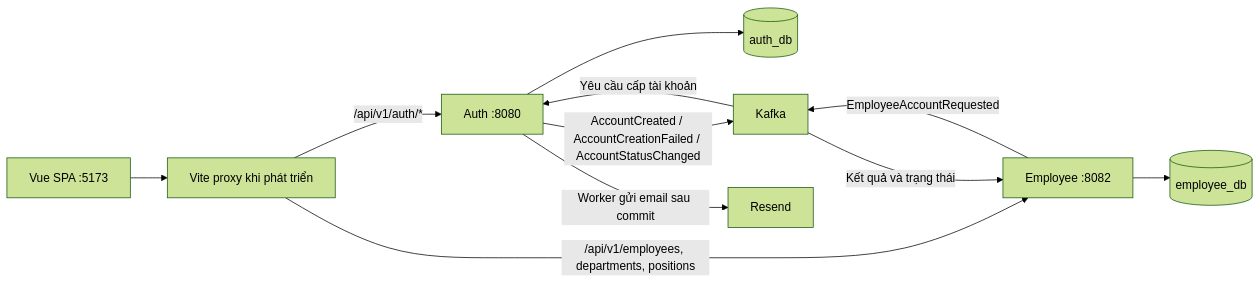
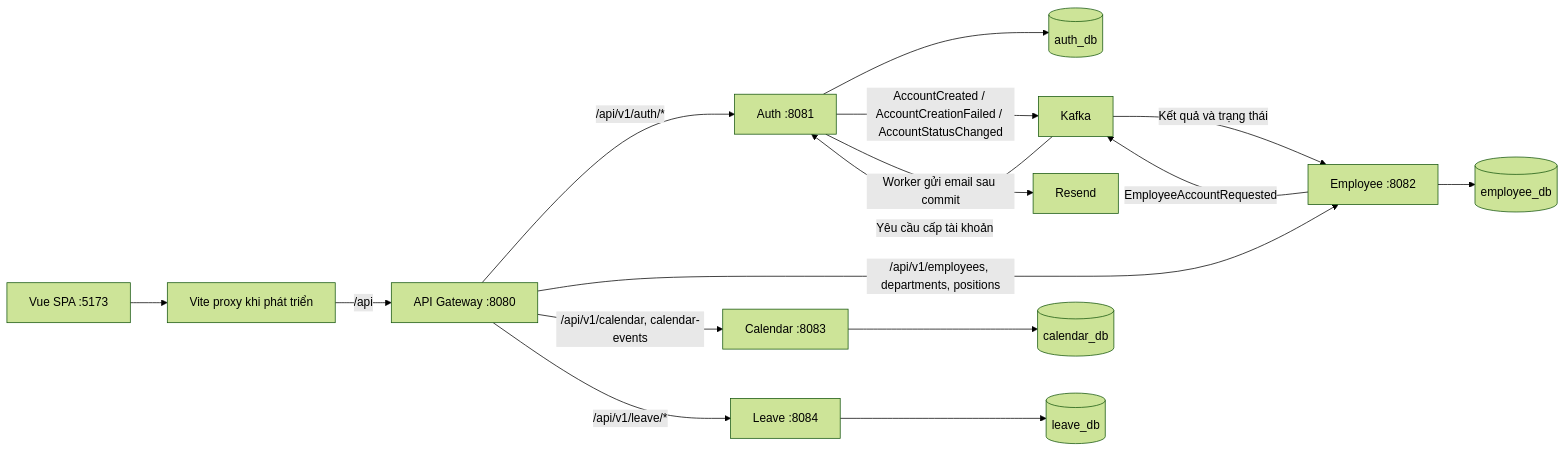
Before and after one commit to Harold-Luong/company-hrm: the diagram in README.md, drawn with Mermaid (forest theme). The commit also changed other lines of this file and 8 other files, not shown here.

Commit message:
feat(gateway): route leave requests to leave-service

````diff
--- a/README.md
+++ b/README.md
@@ -63,13 +72,18 @@
 ```mermaid
 flowchart LR
     UI["Vue SPA :5173"] --> P["Vite proxy khi phát triển"]
-    P -->|"/api/v1/auth/*"| A["Auth :8080"]
-    P -->|"/api/v1/employees, departments, positions"| E["Employee :8082"]
+    P -->|"/api"| G["API Gateway :8080"]
+    G -->|"/api/v1/auth/*"| A["Auth :8081"]
+    G -->|"/api/v1/employees, departments, positions"| E["Employee :8082"]
+    G -->|"/api/v1/calendar, calendar-events"| C["Calendar :8083"]
     A --> AD[(auth_db)]
     E --> ED[(employee_db)]
+    C --> CD[(calendar_db)]
+    G -->|"/api/v1/leave/*"| L["Leave :8084"]
+    L --> LD[(leave_db)]
     E -->|EmployeeAccountRequested| K[Kafka]
     K -->|Yêu cầu cấp tài khoản| A
     A -->|AccountCreated / AccountCreationFailed / AccountStatusChanged| K
     K -->|Kết quả và trạng thái| E
     A -->|Worker gửi email sau commit| R[Resend]
 ```
````
